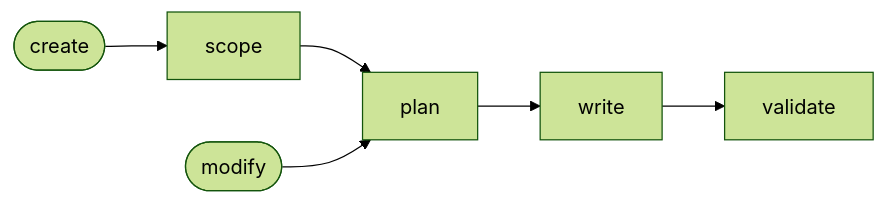
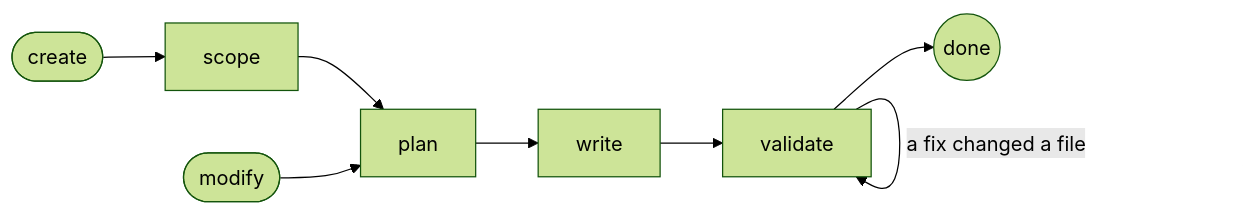
One commit to ai-driven-dev/framework changed the diagram in plugins/aidd-context/skills/04-skill-generate/SKILL.md. Above: the diagram before and after it, drawn with Mermaid (forest theme). The commit also changed other lines of this file and 9 other files, not shown here.

````diff
--- a/plugins/aidd-context/skills/04-skill-generate/SKILL.md
+++ b/plugins/aidd-context/skills/04-skill-generate/SKILL.md
@@ -9,5 +11,7 @@
 ```mermaid
 flowchart LR
   new([create]) --> scope --> plan --> write --> validate
   edit([modify]) --> plan
+  validate -->|"a fix changed a file"| validate
+  validate --> done((done))
 ```
````
